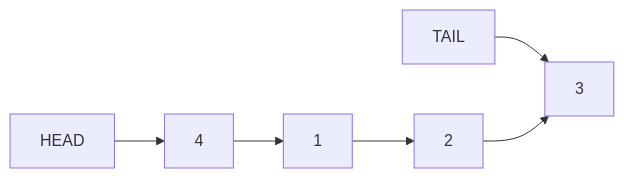
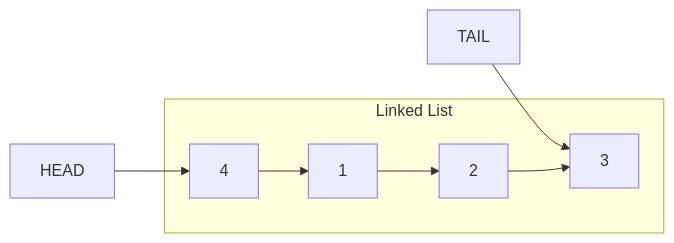
The diagram in MegaReview/10 Linked List.md (RottenKiwi2004/EGCI211), drawn with Mermaid before and after one commit. The commit also changed other lines of this file, not shown here.

Commit message:
Modified linked list mermaid graph

````diff
--- a/MegaReview/10 Linked List.md
+++ b/MegaReview/10 Linked List.md
@@ -28,7 +28,10 @@
 ```mermaid
 graph LR;
     HEAD-->0x04;
     TAIL-->0x03;
+    subgraph Linked List
+        
     0x01[1]-->0x02[2]-->0x03[3]
     0x04[4]-->0x01
+    end
 ```
````
